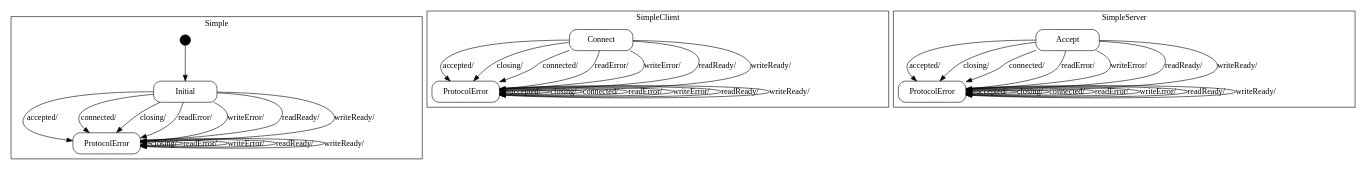
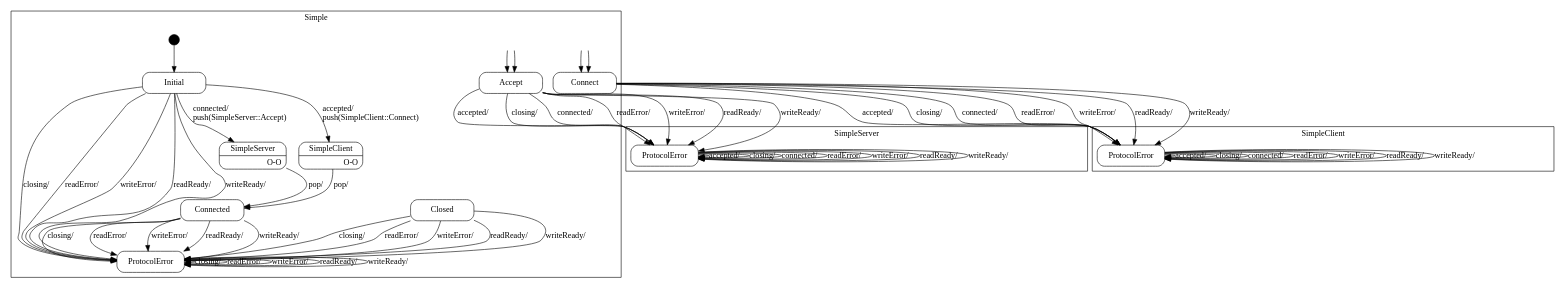
The diagram in doc/SimpleProtocol_sm.dot (ChiralBehaviors/pinkie-fsm-example), drawn with Graphviz before and after one commit. The commit also changed 4 other files, not shown here.

```diff
--- a/doc/SimpleProtocol_sm.dot
+++ b/doc/SimpleProtocol_sm.dot
@@ -14,21 +14,39 @@
         "Simple::Initial"
             [label="{Initial}"];
 
+        "Simple::Connected"
+            [label="{Connected}"];
+
+        "Simple::Closed"
+            [label="{Closed}"];
+
         "Simple::ProtocolError"
             [label="{ProtocolError}"];
 
+        "Simple::Connected::SimpleClient"
+            [label="{SimpleClient|O-O\r}"]
+
+        "Simple::Connected::SimpleServer"
+            [label="{SimpleServer|O-O\r}"]
+
         "%start"
             [label="" shape=circle style=filled fillcolor=black width=0.25];
+
+        "push(SimpleServer::Accept)"
+            [label="" shape=plaintext];
+
+        "push(SimpleClient::Connect)"
+            [label="" shape=plaintext];
 
         //
         // Transitions (Edges)
         //
 
-        "Simple::Initial" -> "Simple::ProtocolError"
-            [label="accepted/\l"];
+        "Simple::Initial" -> "Simple::Connected::SimpleClient"
+            [label="accepted/\lpush(SimpleClient::Connect)\l"];
 
-        "Simple::Initial" -> "Simple::ProtocolError"
-            [label="connected/\l"];
+        "Simple::Initial" -> "Simple::Connected::SimpleServer"
+            [label="connected/\lpush(SimpleServer::Accept)\l"];
 
         "Simple::Initial" -> "Simple::ProtocolError"
             [label="closing/\l"];
@@ -43,6 +61,36 @@
             [label="readReady/\l"];
 
         "Simple::Initial" -> "Simple::ProtocolError"
+            [label="writeReady/\l"];
+
+        "Simple::Connected" -> "Simple::ProtocolError"
+            [label="closing/\l"];
+
+        "Simple::Connected" -> "Simple::ProtocolError"
+            [label="readError/\l"];
+
+        "Simple::Connected" -> "Simple::ProtocolError"
+            [label="writeError/\l"];
+
+        "Simple::Connected" -> "Simple::ProtocolError"
+            [label="readReady/\l"];
+
+        "Simple::Connected" -> "Simple::ProtocolError"
+            [label="writeReady/\l"];
+
+        "Simple::Closed" -> "Simple::ProtocolError"
+            [label="closing/\l"];
+
+        "Simple::Closed" -> "Simple::ProtocolError"
+            [label="readError/\l"];
+
+        "Simple::Closed" -> "Simple::ProtocolError"
+            [label="writeError/\l"];
+
+        "Simple::Closed" -> "Simple::ProtocolError"
+            [label="readReady/\l"];
+
+        "Simple::Closed" -> "Simple::ProtocolError"
             [label="writeReady/\l"];
 
         "Simple::ProtocolError" -> "Simple::ProtocolError"
@@ -60,7 +108,19 @@
         "Simple::ProtocolError" -> "Simple::ProtocolError"
             [label="writeReady/\l"];
 
+        "Simple::Connected::SimpleClient" -> "Simple::Connected"
+            [label="pop/"]
+
+        "Simple::Connected::SimpleServer" -> "Simple::Connected"
+            [label="pop/"]
+
         "%start" -> "Simple::Initial"
+
+        "push(SimpleServer::Accept)" -> "SimpleServer::Accept"
+            [arrowtail=odot];
+
+        "push(SimpleClient::Connect)" -> "SimpleClient::Connect"
+            [arrowtail=odot];
     }
 
     subgraph cluster_SimpleClient {
@@ -76,6 +136,9 @@
 
         "SimpleClient::ProtocolError"
             [label="{ProtocolError}"];
+
+        "push(SimpleClient::Connect)"
+            [label="" shape=plaintext];
 
         //
         // Transitions (Edges)
@@ -122,6 +185,9 @@
 
         "SimpleClient::ProtocolError" -> "SimpleClient::ProtocolError"
             [label="writeReady/\l"];
+
+        "push(SimpleClient::Connect)" -> "SimpleClient::Connect"
+            [arrowtail=odot];
     }
 
     subgraph cluster_SimpleServer {
@@ -137,6 +203,9 @@
 
         "SimpleServer::ProtocolError"
             [label="{ProtocolError}"];
+
+        "push(SimpleServer::Accept)"
+            [label="" shape=plaintext];
 
         //
         // Transitions (Edges)
@@ -183,6 +252,9 @@
 
         "SimpleServer::ProtocolError" -> "SimpleServer::ProtocolError"
             [label="writeReady/\l"];
+
+        "push(SimpleServer::Accept)" -> "SimpleServer::Accept"
+            [arrowtail=odot];
     }
 
 }
```
